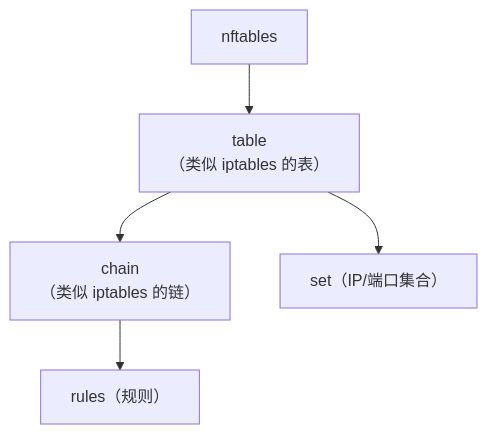
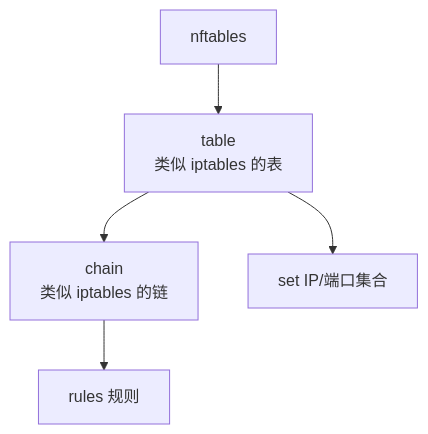
The second of 2 diagrams in content/articles/linux/linux-57-iptables-nftables防火墙深度解析.md (jpixy/jpixy.github.io), drawn with Mermaid before and after one commit. The commit also changed 66 other files, not shown here.

Commit message:
fix: resolve Mermaid syntax errors by removing parentheses in node labels

````diff
--- a/content/articles/linux/linux-57-iptables-nftables防火墙深度解析.md
+++ b/content/articles/linux/linux-57-iptables-nftables防火墙深度解析.md
@@ -174,13 +174,13 @@
 ```mermaid
 graph TB
     NFT["nftables"]
-    TABLE["table<br>（类似 iptables 的表）"]
-    CHAIN["chain<br>（类似 iptables 的链）"]
-    RULES["rules（规则）"]
-    SET["set（IP/端口集合）"]
+    TABLE["table<br>类似 iptables 的表"]
+    CHAIN["chain<br>类似 iptables 的链"]
+    RULES["rules 规则"]
+    SET["set IP/端口集合"]
     
     NFT --> TABLE
     TABLE --> CHAIN
     TABLE --> SET
     CHAIN --> RULES
 ```
````
